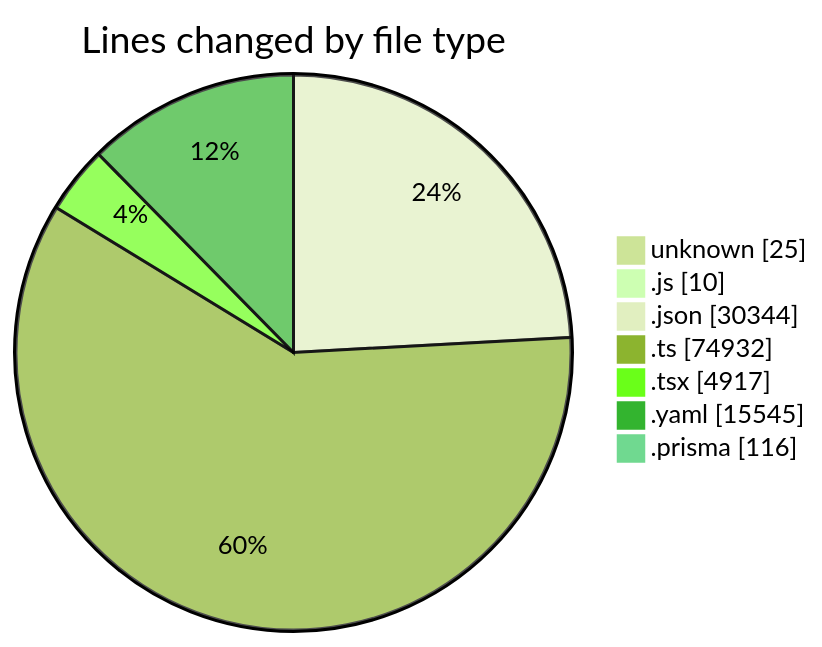
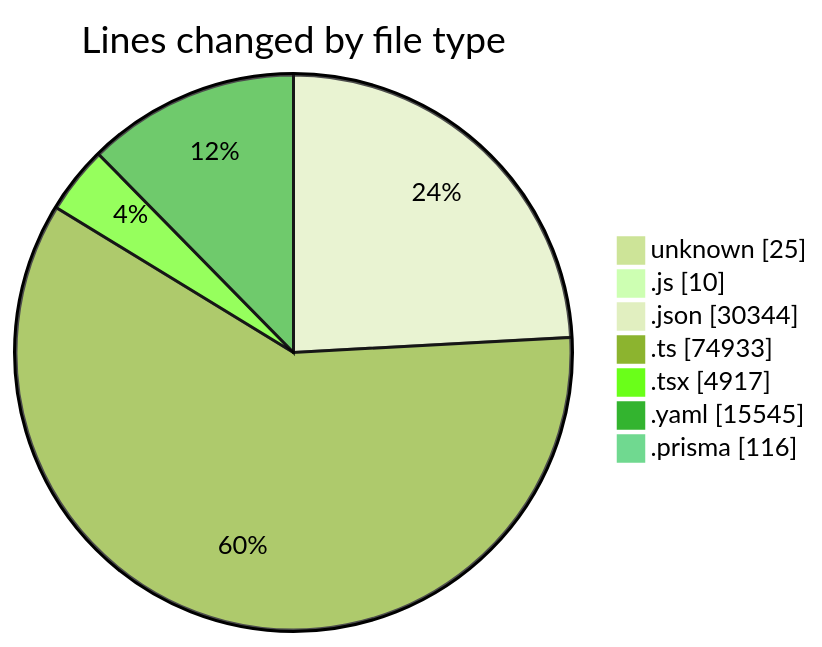
Before and after one commit to CELIANVF/code-tracking: the first of 2 diagrams in 2025-05-02/ecodeli/README.md, drawn with Mermaid (forest theme). The commit also changed other lines of this file and 1 other file, not shown here.

````diff
--- a/2025-05-02/ecodeli/README.md
+++ b/2025-05-02/ecodeli/README.md
@@ -73,11 +74,11 @@
 ```mermaid
 pie showData
 title Lines changed by file type
 "unknown" : 25
 ".js" : 10
 ".json" : 30344
-".ts" : 74932
+".ts" : 74933
 ".tsx" : 4917
 ".yaml" : 15545
 ".prisma" : 116
 ```
````
